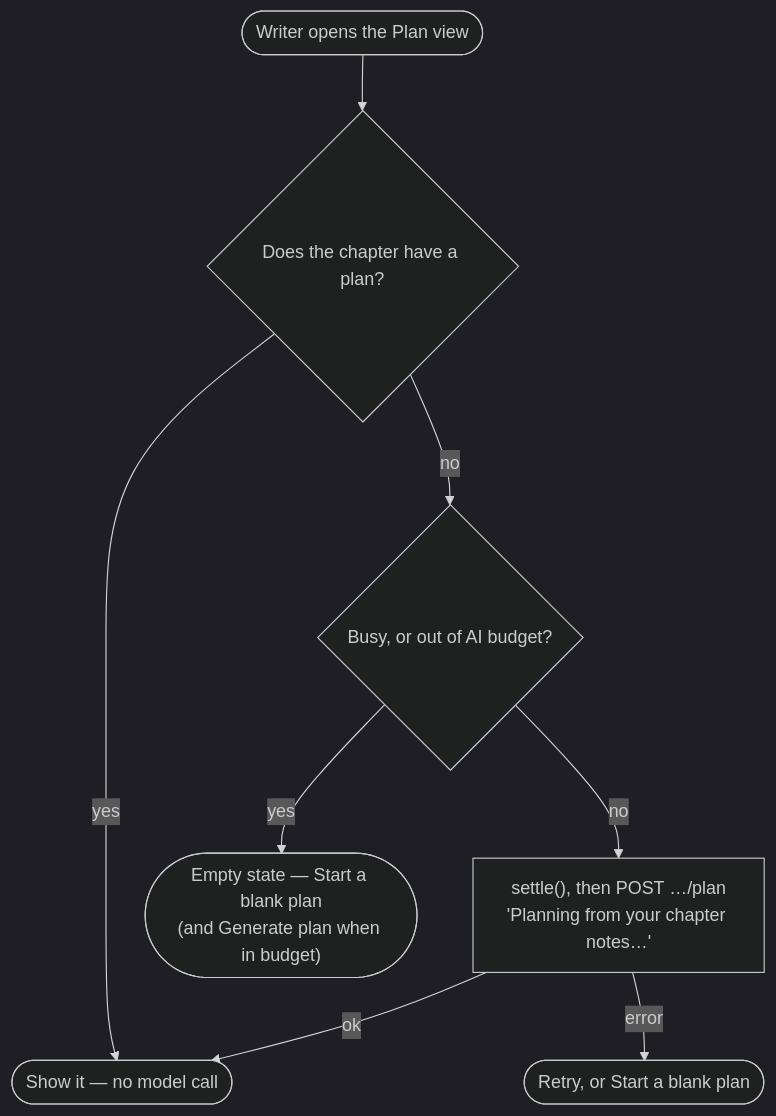
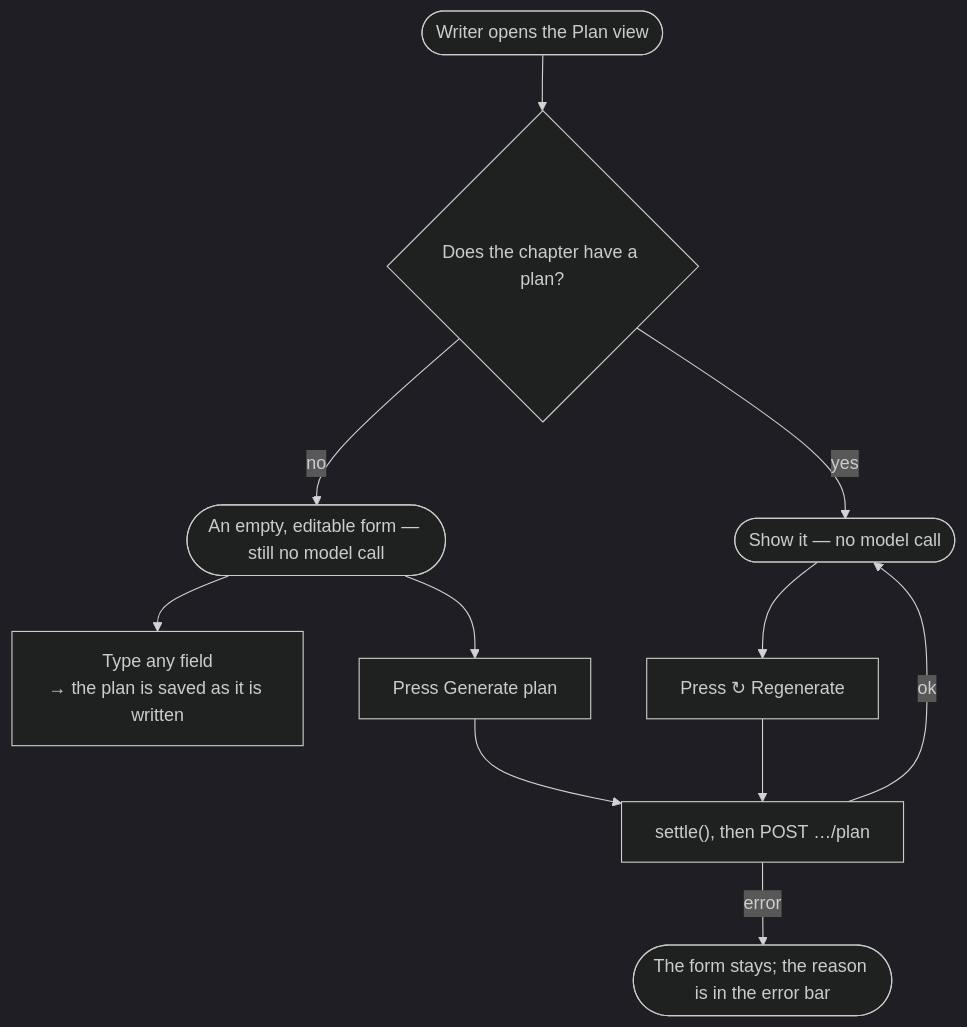
The sixth of 6 diagrams in docs/diagrams/05-frontend-flows.md (Akazz-L/maya), drawn with Mermaid (dark theme) before and after one commit. The commit also changed other lines of this file and 16 other files, not shown here.

First line of the commit message:
feat: chapter context, a plan you write or generate, and Review

````diff
--- a/docs/diagrams/05-frontend-flows.md
+++ b/docs/diagrams/05-frontend-flows.md
@@ -215,10 +217,13 @@
 ```mermaid
 flowchart TD
     OPEN(["Writer opens the Plan view"]) --> A{"Does the chapter have a plan?"}
     A -->|yes| SHOW(["Show it — no model call"])
-    A -->|no| B{"Busy, or out of AI budget?"}
-    B -->|no| GEN["settle(), then POST …/plan<br/>'Planning from your chapter notes…'"]
-    B -->|yes| EMPTY(["Empty state — Start a blank plan<br/>(and Generate plan when in budget)"])
+    A -->|no| FORM(["An empty, editable form — still no model call"])
+    FORM --> TYPE["Type any field<br/>→ the plan is saved as it is written"]
+    FORM --> PRESS["Press Generate plan"]
+    SHOW --> REGEN["Press ↻ Regenerate"]
+    PRESS --> GEN["settle(), then POST …/plan"]
+    REGEN --> GEN
     GEN -->|ok| SHOW
-    GEN -->|error| FAIL(["Retry, or Start a blank plan"])
+    GEN -->|error| KEEP(["The form stays; the reason is in the error bar"])
 ```
````
